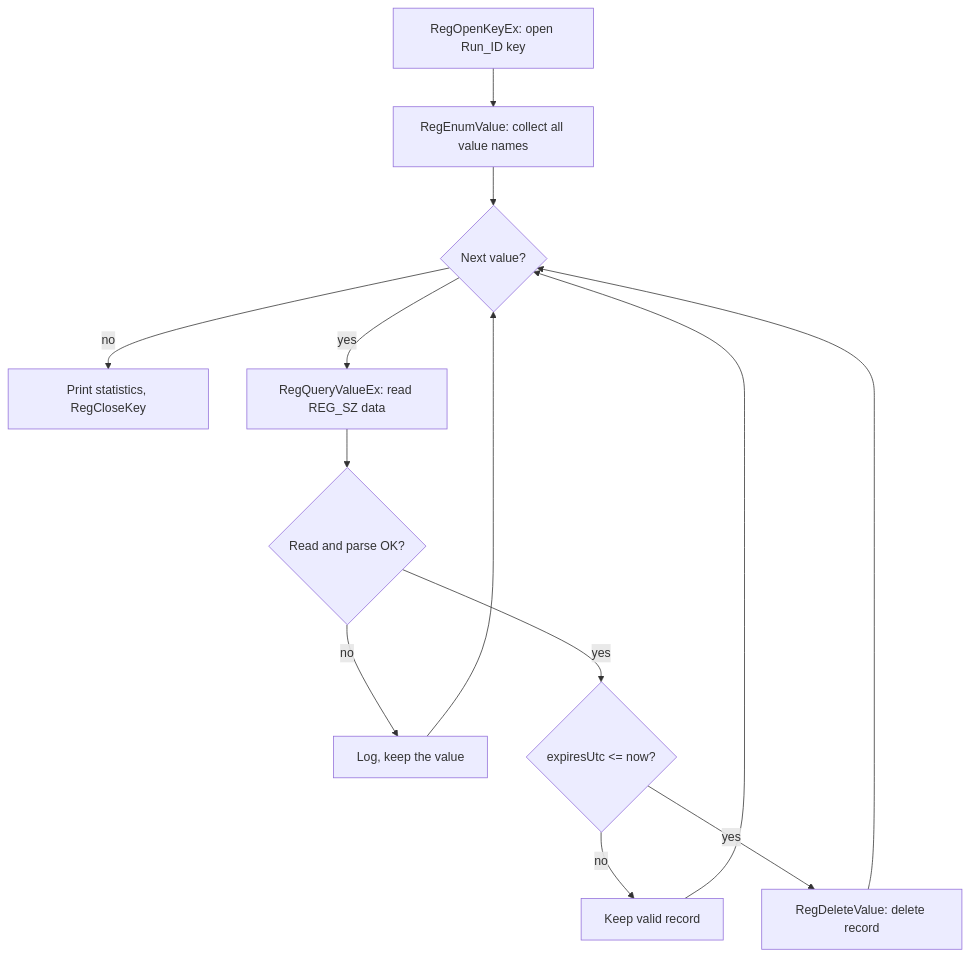
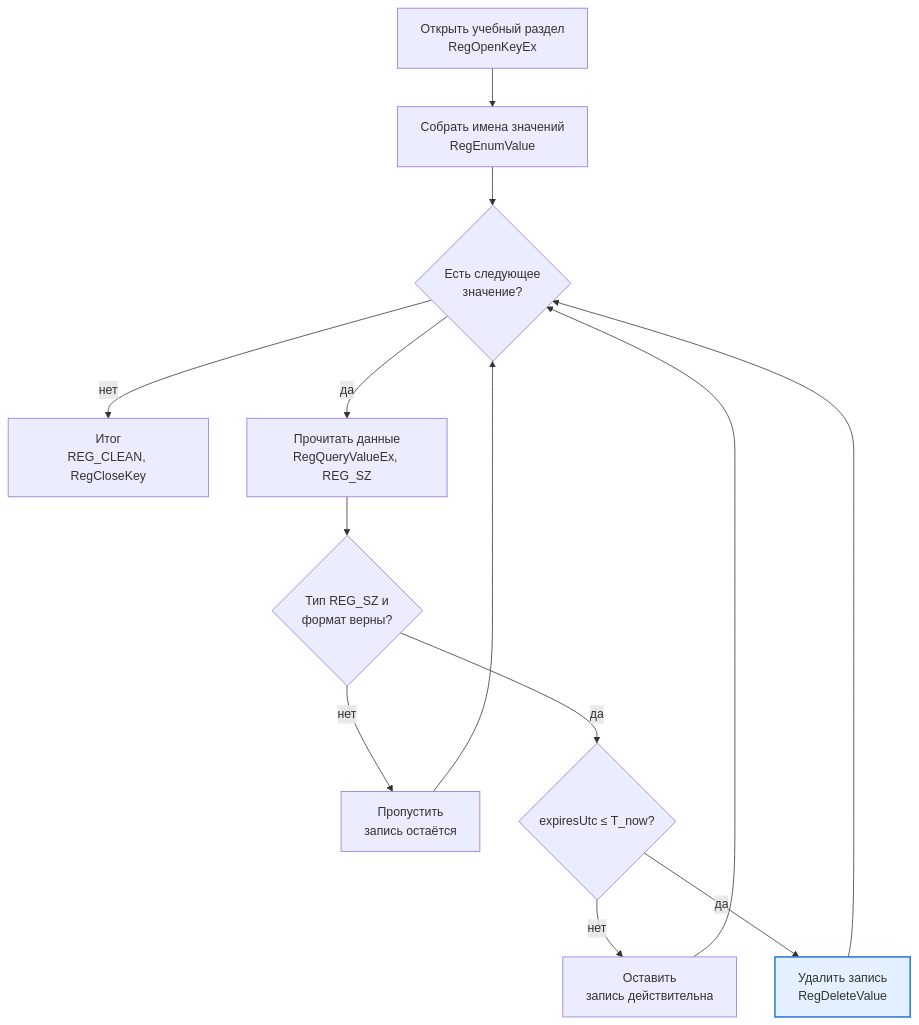
Before and after one commit to zhuchok0/osisp_labs: the diagram in lab06-system/diagrams/cleanup_flow.mmd, drawn with Mermaid. The commit also changed 1 other file, not shown here.

```diff
--- a/lab06-system/diagrams/cleanup_flow.mmd
+++ b/lab06-system/diagrams/cleanup_flow.mmd
@@ -1,13 +1,14 @@
 flowchart TD
-    A[RegOpenKeyEx: open Run_ID key] --> B[RegEnumValue: collect all value names]
-    B --> C{Next value?}
-    C -- no --> Z[Print statistics, RegCloseKey]
-    C -- yes --> D[RegQueryValueEx: read REG_SZ data]
-    D --> E{Read and parse OK?}
-    E -- no --> F[Log, keep the value]
+    A["Открыть учебный раздел<br/>RegOpenKeyEx"] --> B["Собрать имена значений<br/>RegEnumValue"]
+    B --> C{"Есть следующее<br/>значение?"}
+    C -- нет --> Z["Итог<br/>REG_CLEAN, RegCloseKey"]
+    C -- да --> D["Прочитать данные<br/>RegQueryValueEx, REG_SZ"]
+    D --> E{"Тип REG_SZ и<br/>формат верны?"}
+    E -- нет --> F["Пропустить<br/>запись остаётся"]
     F --> C
-    E -- yes --> G{expiresUtc <= now?}
-    G -- no --> H[Keep valid record]
+    E -- да --> G{"expiresUtc ≤ T_now?"}
+    G -- нет --> H["Оставить<br/>запись действительна"]
     H --> C
-    G -- yes --> I[RegDeleteValue: delete record]
+    G -- да --> I["Удалить запись<br/>RegDeleteValue"]
     I --> C
+    style I fill:#e3f0ff,stroke:#2a78d6,stroke-width:2px
```
